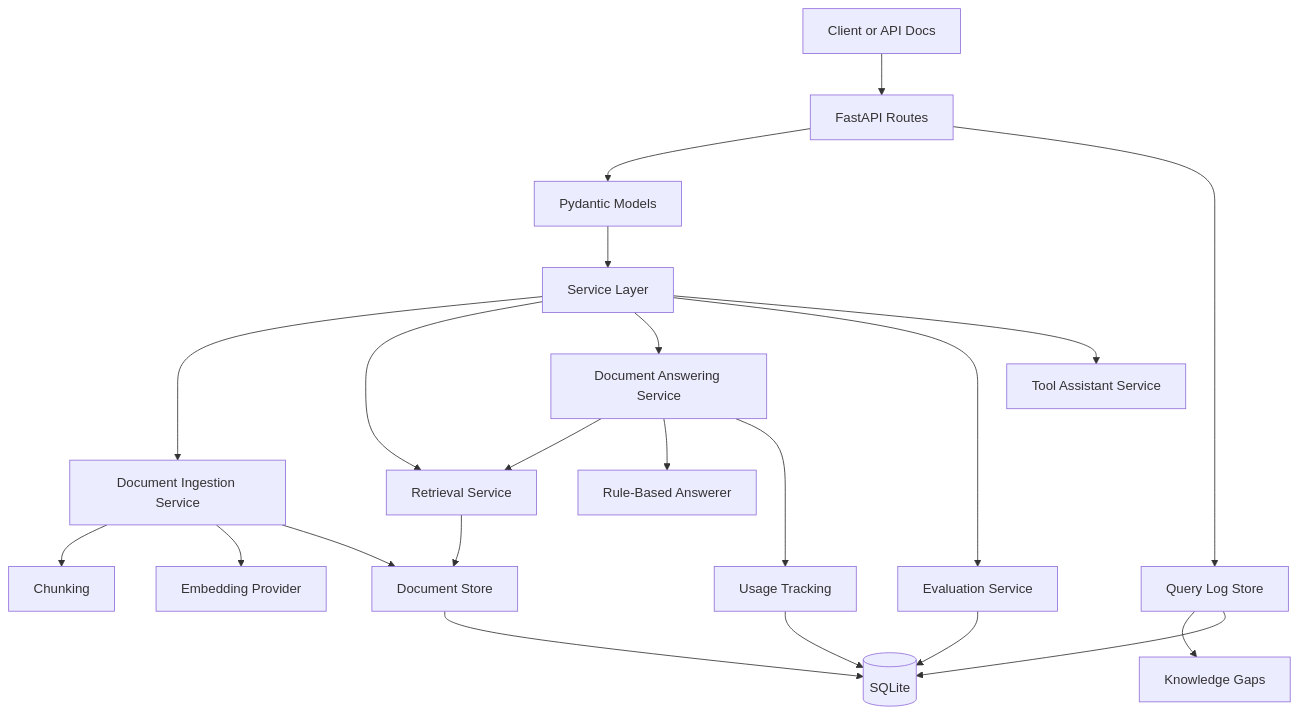
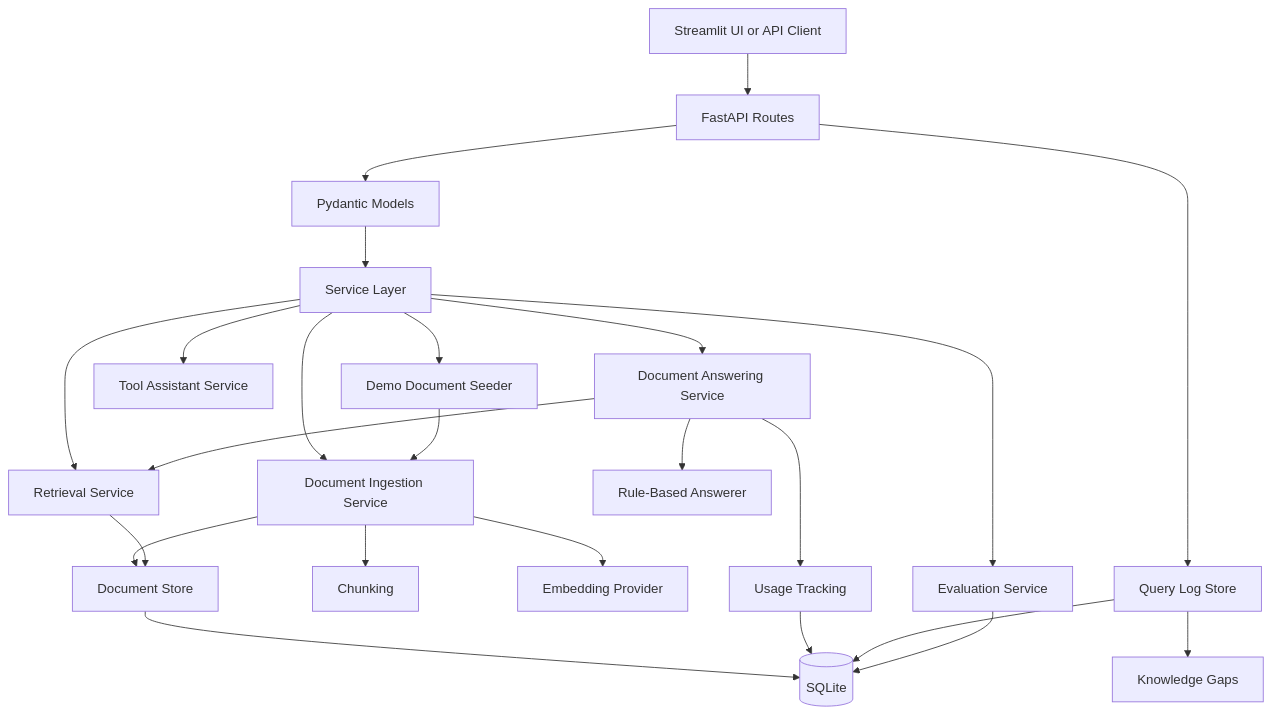
Before and after one commit to GiacomoMariani/llm-extractor: the diagram in README.md, drawn with Mermaid. The commit also changed other lines of this file, not shown here.

````diff
--- a/README.md
+++ b/README.md
@@ -192,29 +150,31 @@
 ```mermaid
 flowchart TD
-    A[Client or API Docs] --> B[FastAPI Routes]
+    A[Streamlit UI or API Client] --> B[FastAPI Routes]
     B --> C[Pydantic Models]
     C --> D[Service Layer]
 
     D --> E[Document Ingestion Service]
     D --> F[Retrieval Service]
     D --> G[Document Answering Service]
     D --> H[Evaluation Service]
     D --> I[Tool Assistant Service]
+    D --> S[Demo Document Seeder]
 
+    S --> E
     E --> J[Chunking]
     E --> K[Embedding Provider]
     E --> L[Document Store]
 
     F --> L
     G --> F
     G --> M[Rule-Based Answerer]
     G --> N[Usage Tracking]
 
     B --> O[Query Log Store]
     O --> P[Knowledge Gaps]
 
     L --> Q[(SQLite)]
     N --> Q
     O --> Q
     H --> Q
 ```
````
